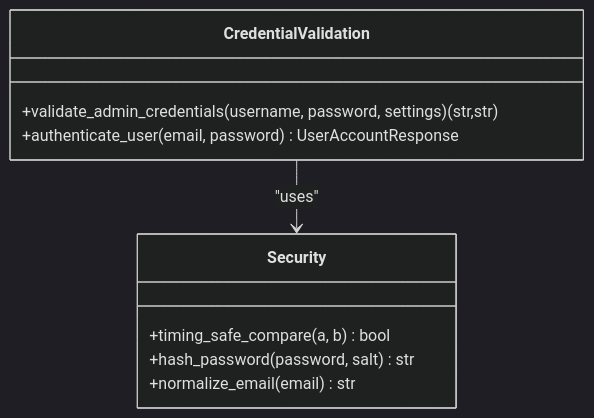
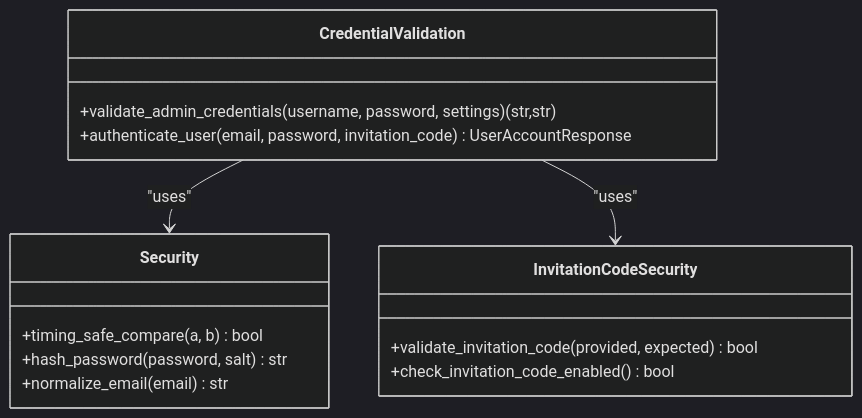
The tenth of 14 diagrams in .qoder/repowiki/en/content/Core Components/Authentication System.md (intellistream/sage-mate), drawn with Mermaid (dark theme) before and after one commit. The commit also changed other lines of this file and 115 other files, not shown here.

````diff
--- a/.qoder/repowiki/en/content/Core Components/Authentication System.md
+++ b/.qoder/repowiki/en/content/Core Components/Authentication System.md
@@ -317,13 +435,18 @@
 ```mermaid
 classDiagram
 class CredentialValidation {
 +validate_admin_credentials(username, password, settings) (str,str)
-+authenticate_user(email, password) UserAccountResponse
++authenticate_user(email, password, invitation_code) UserAccountResponse
 }
 class Security {
 +timing_safe_compare(a, b) bool
 +hash_password(password, salt) str
 +normalize_email(email) str
 }
+class InvitationCodeSecurity {
++validate_invitation_code(provided, expected) bool
++check_invitation_code_enabled() bool
+}
 CredentialValidation --> Security : "uses"
+CredentialValidation --> InvitationCodeSecurity : "uses"
 ```
````
